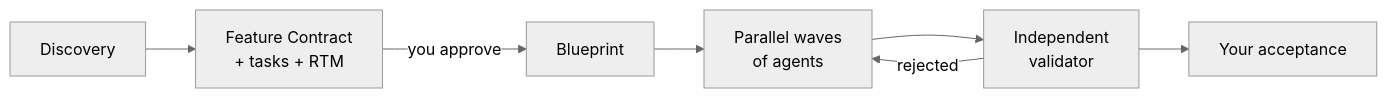
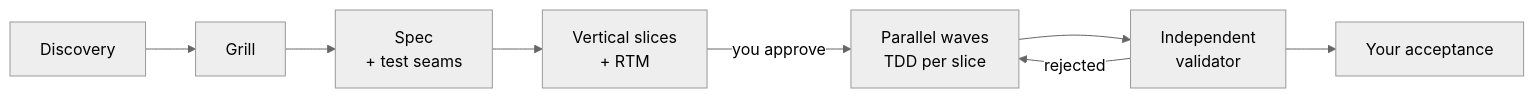
Before and after one commit to NowItMakesSense/aisef: the diagram in README.md, drawn with Mermaid (neutral theme). The commit also changed other lines of this file and 44 other files, not shown here.

````diff
--- a/README.md
+++ b/README.md
@@ -26,9 +26,10 @@
 ```mermaid
 flowchart LR
-  D[Discovery] --> F[Feature Contract<br/>+ tasks + RTM]
-  F -->|you approve| B[Blueprint]
-  B --> W[Parallel waves<br/>of agents]
+  D[Discovery] --> G[Grill]
+  G --> S[Spec<br/>+ test seams]
+  S --> F[Vertical slices<br/>+ RTM]
+  F -->|you approve| W[Parallel waves<br/>TDD per slice]
   W --> V[Independent<br/>validator]
   V -->|rejected| W
   V --> A[Your acceptance]
 ```
````
